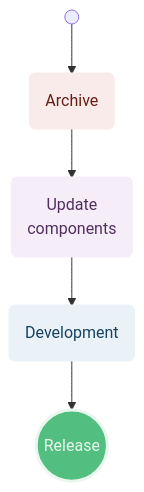
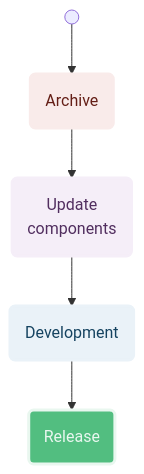
One commit to spectrum-health-systems/tingen-documentation changed the first of 5 diagrams in Development/Workflows/workflows.md. Above: the diagram before and after it, drawn with Mermaid. The commit also changed other lines of this file, not shown here.

````diff
--- a/Development/Workflows/workflows.md
+++ b/Development/Workflows/workflows.md
@@ -17,22 +17,19 @@
 ```mermaid
 flowchart TB
   %% Components
   Start@{shape: sm-circ, label: "Start the workflow\n[sm-circ]"}
   Archive@{shape: rounded, label: "Archive"}
   UpdateComponents@{shape: rounded, label: "Update\ncomponents"}
   Development@{shape: rounded, label: "Development"}
-  Release@{shape: circ, label: "Release"}
-
-  %% Subgraphs
-  %% (none)
+  Release@{shape: rounded, label: "Release"}
 
   %% Layout
   Start --> Archive:::R0_ --> UpdateComponents:::P0_ --> Development:::U0_ --> Release:::G2_
 
   %% Styles
   classDef R0_ stroke:#f9ebea,stroke-width:3px,fill:#f9ebea,color:#641e16
   classDef P0_ stroke:#f5eef8,stroke-width:3px,fill:#f5eef8,color:#512e5f
   classDef U0_ stroke:#eaf2f8,stroke-width:3px,fill:#eaf2f8,color:#154360
   classDef G2_ stroke:#e9f7ef,stroke-width:3px,fill:#52be80,color:#e9f7ef
   classDef Hidden display: none;
 ```
````
